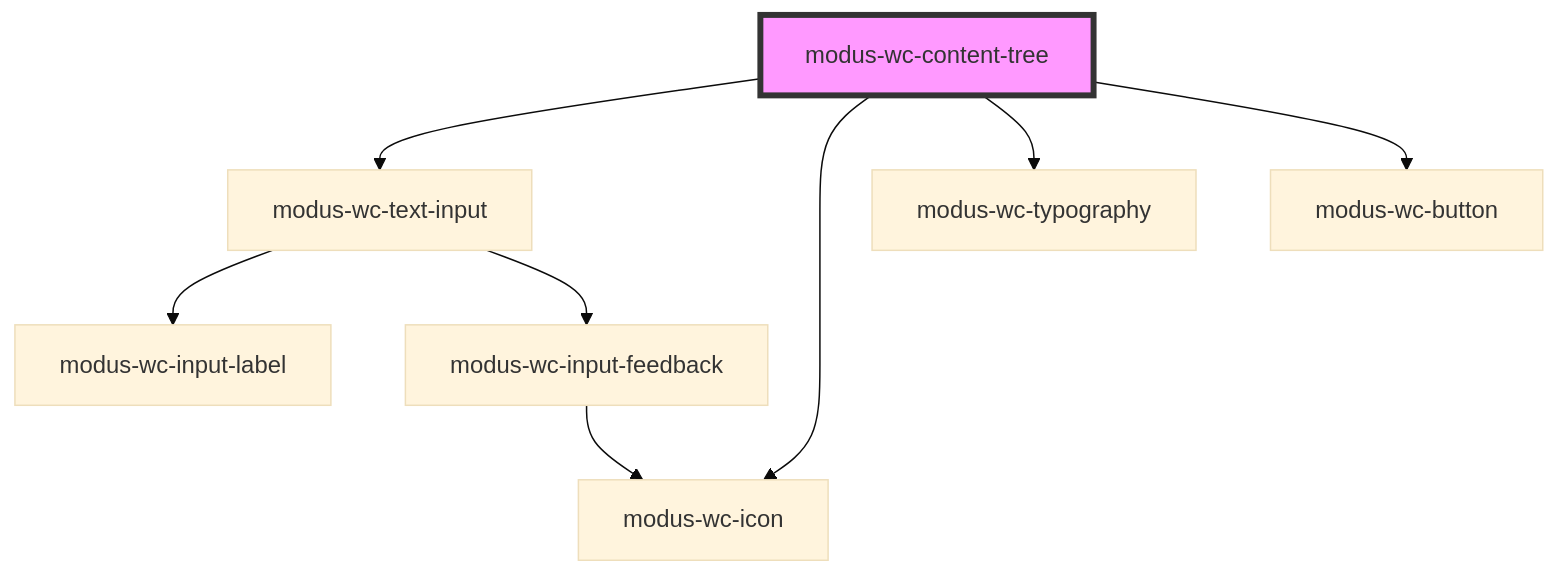
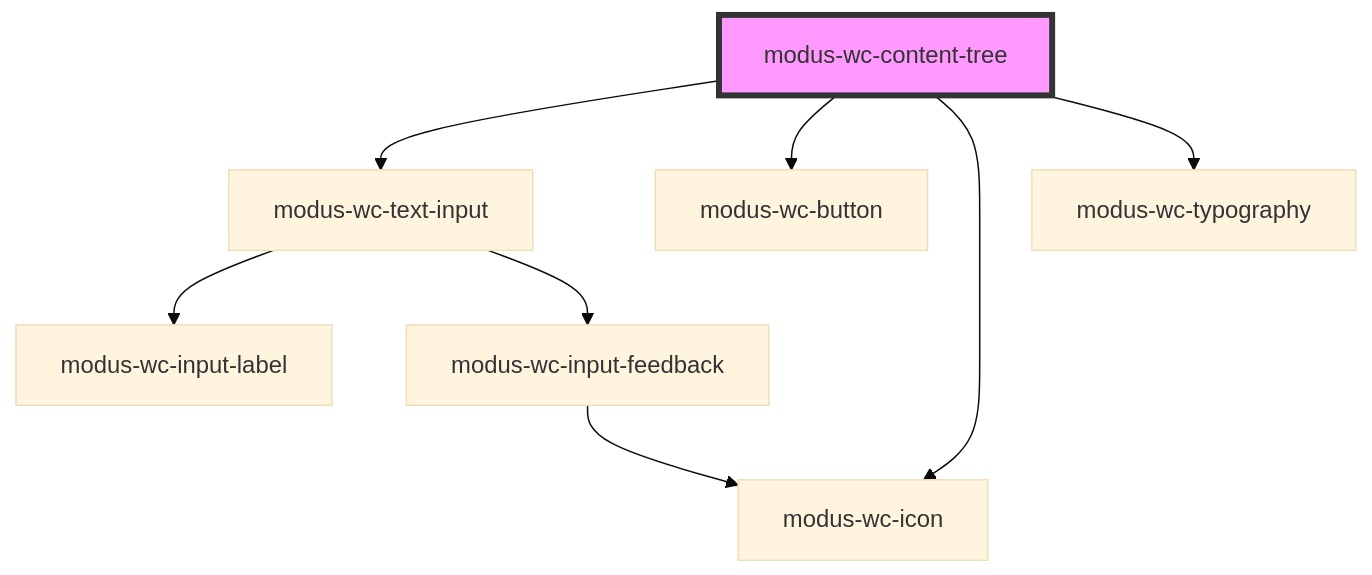
The diagram in src/components/modus-wc-content-tree/readme.md (trimble-oss/modus-wc-2.0), drawn with Mermaid (base theme) before and after one commit. The commit also changed other lines of this file and 11 other files, not shown here.

````diff
--- a/src/components/modus-wc-content-tree/readme.md
+++ b/src/components/modus-wc-content-tree/readme.md
@@ -31,11 +31,11 @@
 ```mermaid
 graph TD;
   modus-wc-content-tree --> modus-wc-text-input
+  modus-wc-content-tree --> modus-wc-button
   modus-wc-content-tree --> modus-wc-icon
   modus-wc-content-tree --> modus-wc-typography
-  modus-wc-content-tree --> modus-wc-button
   modus-wc-text-input --> modus-wc-input-label
   modus-wc-text-input --> modus-wc-input-feedback
   modus-wc-input-feedback --> modus-wc-icon
   style modus-wc-content-tree fill:#f9f,stroke:#333,stroke-width:4px
 ```
````
